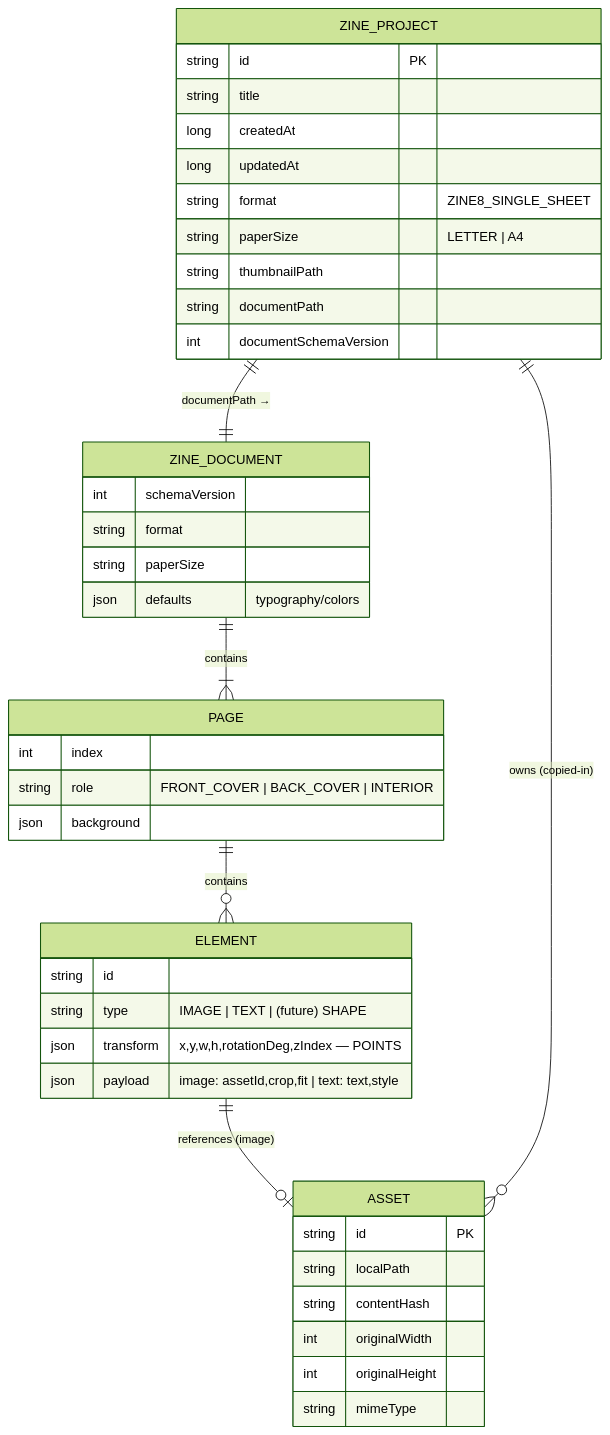
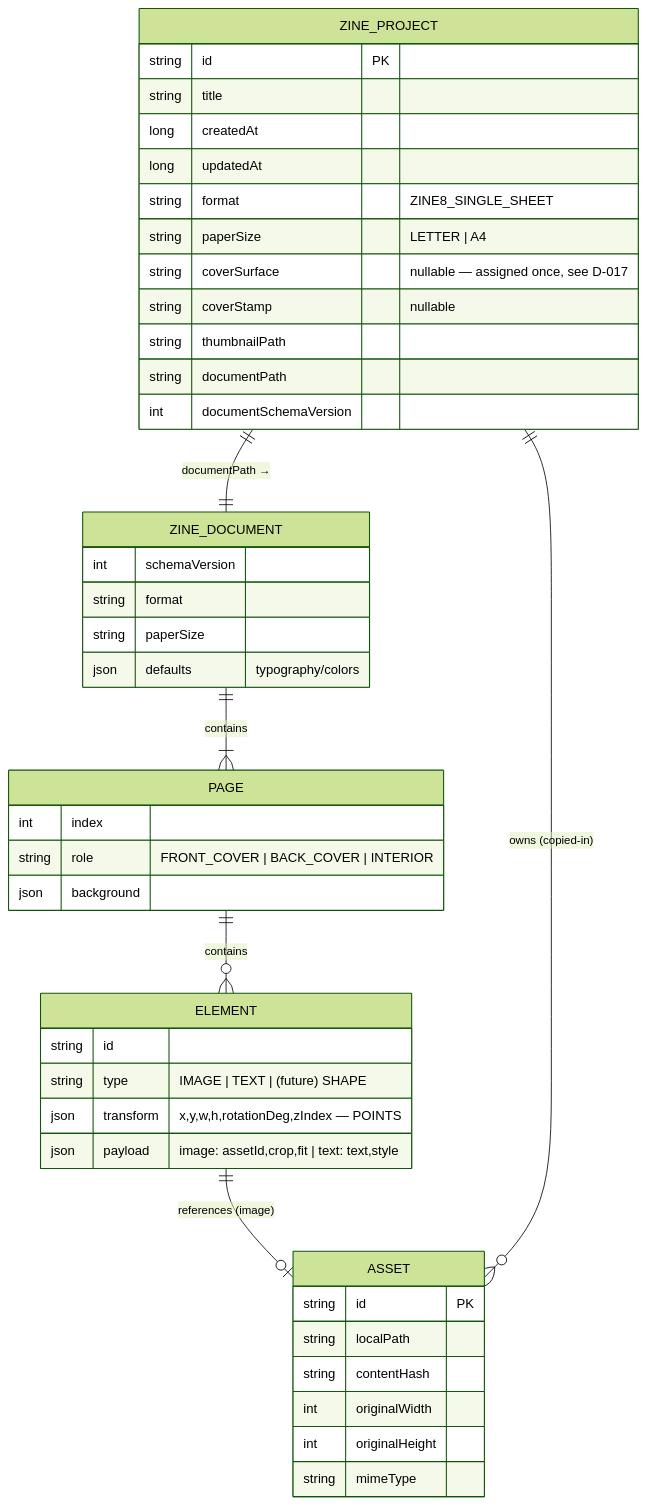
The third of 10 diagrams in docs/ARCHITECTURE.md (aritr-codes/zinely-android), drawn with Mermaid (forest theme) before and after one commit. The commit also changed other lines of this file and 42 other files, not shown here.

````diff
--- a/docs/ARCHITECTURE.md
+++ b/docs/ARCHITECTURE.md
@@ -229,45 +229,47 @@
 ```mermaid
 erDiagram
     ZINE_PROJECT ||--|| ZINE_DOCUMENT : "documentPath →"
     ZINE_DOCUMENT ||--|{ PAGE : contains
     PAGE ||--o{ ELEMENT : contains
     ELEMENT ||--o| ASSET : "references (image)"
     ZINE_PROJECT ||--o{ ASSET : "owns (copied-in)"
 
     ZINE_PROJECT {
         string id PK
         string title
         long   createdAt
         long   updatedAt
         string format "ZINE8_SINGLE_SHEET"
         string paperSize "LETTER | A4"
+        string coverSurface "nullable — assigned once, see D-017"
+        string coverStamp "nullable"
         string thumbnailPath
         string documentPath
         int    documentSchemaVersion
     }
     ZINE_DOCUMENT {
         int    schemaVersion
         string format
         string paperSize
         json   defaults "typography/colors"
     }
     PAGE {
         int    index
         string role "FRONT_COVER | BACK_COVER | INTERIOR"
         json   background
     }
     ELEMENT {
         string id
         string type "IMAGE | TEXT | (future) SHAPE"
         json   transform "x,y,w,h,rotationDeg,zIndex — POINTS"
         json   payload "image: assetId,crop,fit | text: text,style"
     }
     ASSET {
         string id PK
         string localPath
         string contentHash
         int    originalWidth
         int    originalHeight
         string mimeType
     }
 ```
````
